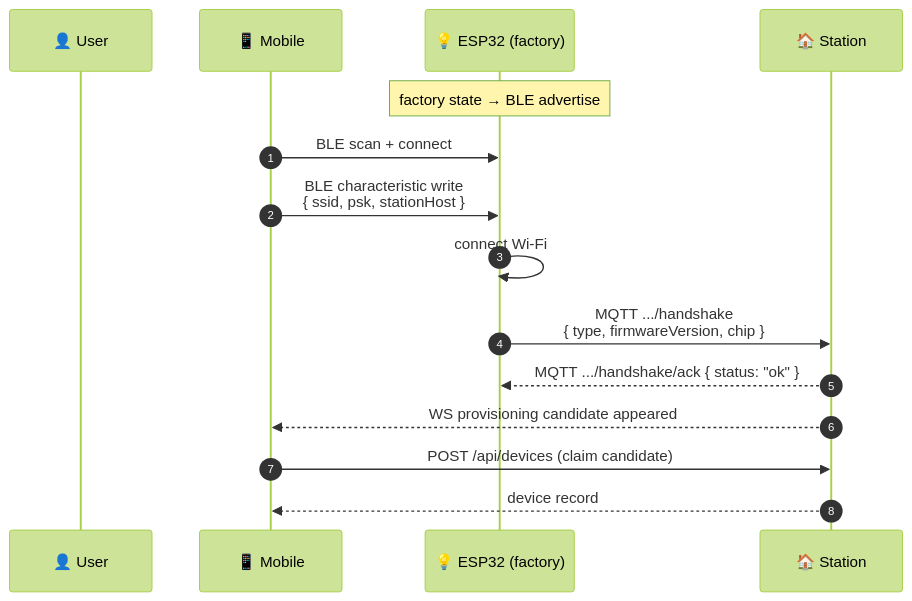
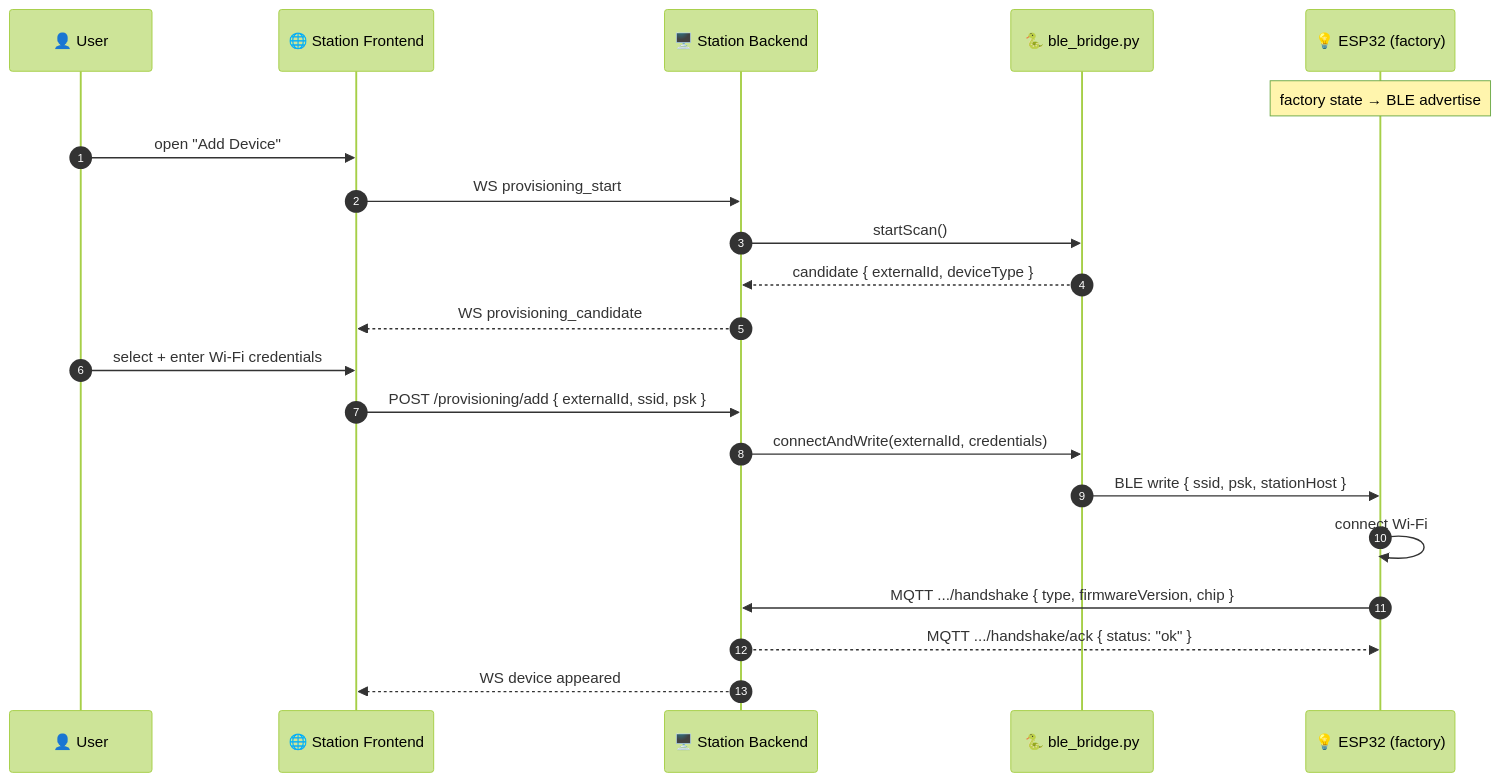
Before and after one commit to alphaoflogic-ua/svaroh-docs: the eighth of 8 diagrams in docs/architecture/data-flows.md, drawn with Mermaid (forest theme). The commit also changed other lines of this file, not shown here.

Commit message:
fix: correct BLE provisioning flow in data-flows — RPi backend, not mobile

````diff
--- a/docs/architecture/data-flows.md
+++ b/docs/architecture/data-flows.md
@@ -181,18 +181,26 @@
 ```mermaid
 sequenceDiagram
     autonumber
     participant U as 👤 User
-    participant M as 📱 Mobile
+    participant F as 🌐 Station Frontend
+    participant B as 🖥️ Station Backend
+    participant PY as 🐍 ble_bridge.py
     participant E as 💡 ESP32 (factory)
-    participant S as 🏠 Station
 
     Note over E: factory state → BLE advertise
-    M->>E: BLE scan + connect
-    M->>E: BLE characteristic write<br/>{ ssid, psk, stationHost }
+    U->>F: open "Add Device"
+    F->>B: WS provisioning_start
+    B->>PY: startScan()
+    PY-->>B: candidate { externalId, deviceType }
+    B-->>F: WS provisioning_candidate
+
+    U->>F: select + enter Wi-Fi credentials
+    F->>B: POST /provisioning/add { externalId, ssid, psk }
+    B->>PY: connectAndWrite(externalId, credentials)
+    PY->>E: BLE write { ssid, psk, stationHost }
     E->>E: connect Wi-Fi
-    E->>S: MQTT .../handshake<br/>{ type, firmwareVersion, chip }
-    S-->>E: MQTT .../handshake/ack { status: "ok" }
-    S-->>M: WS provisioning candidate appeared
-    M->>S: POST /api/devices (claim candidate)
-    S-->>M: device record
+
+    E->>B: MQTT .../handshake { type, firmwareVersion, chip }
+    B-->>E: MQTT .../handshake/ack { status: "ok" }
+    B-->>F: WS device appeared
 ```
````
